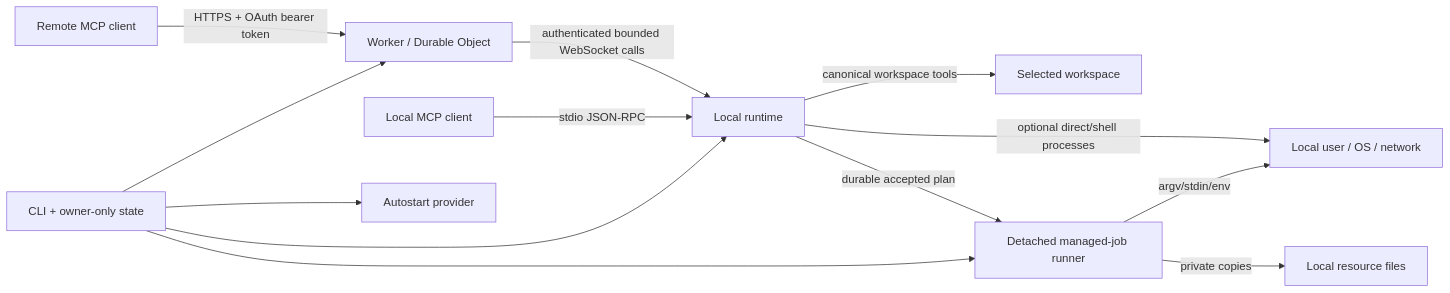
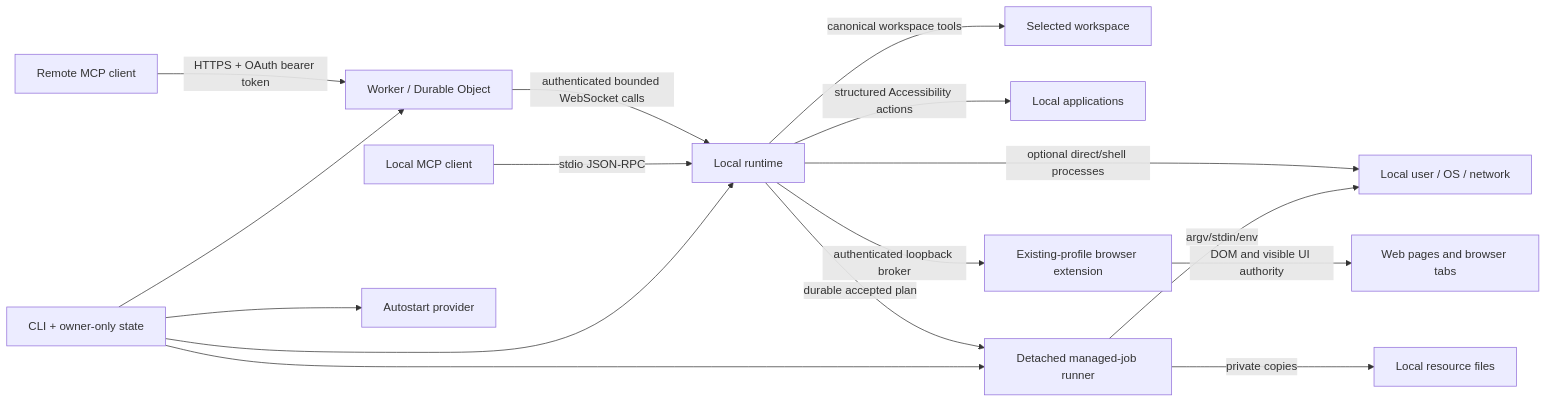
The diagram in docs/ARCHITECTURE.md (YuLeiFuYun/machine-bridge-mcp), drawn with Mermaid before and after one commit. The commit also changed other lines of this file and 38 other files, not shown here.

````diff
--- a/docs/ARCHITECTURE.md
+++ b/docs/ARCHITECTURE.md
@@ -101,15 +116,18 @@
 ```mermaid
 flowchart LR
   C[Remote MCP client] -->|HTTPS + OAuth bearer token| W[Worker / Durable Object]
   W -->|authenticated bounded WebSocket calls| R[Local runtime]
   L[Local MCP client] -->|stdio JSON-RPC| R
   R -->|canonical workspace tools| F[Selected workspace]
   R -->|optional direct/shell processes| P[Local user / OS / network]
+  R -->|structured Accessibility actions| A[Local applications]
+  R -->|authenticated loopback broker| B[Existing-profile browser extension]
+  B -->|DOM and visible UI authority| WB[Web pages and browser tabs]
   R -->|durable accepted plan| J[Detached managed-job runner]
   J -->|private copies| LR[Local resource files]
   J -->|argv/stdin/env| P
   CLI[CLI + owner-only state] --> W
   CLI --> R
   CLI --> J
   CLI --> S[Autostart provider]
 ```
````
